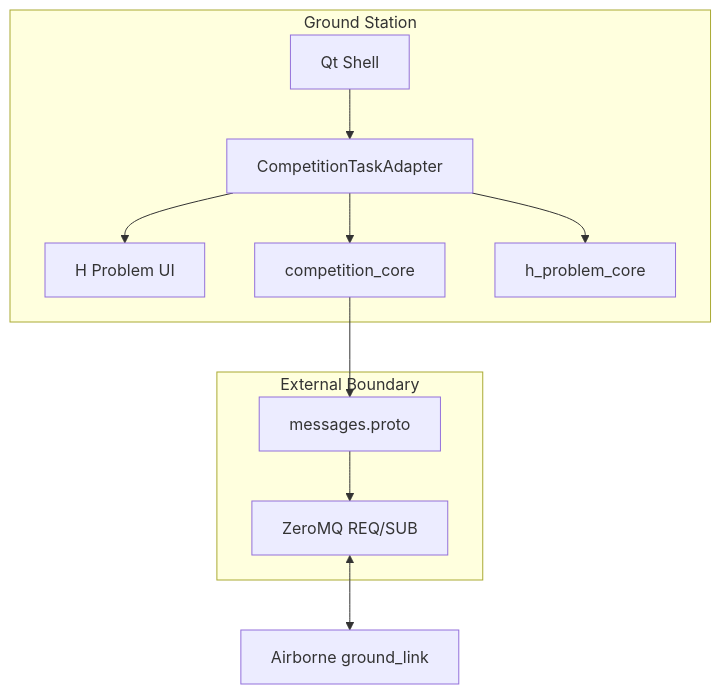
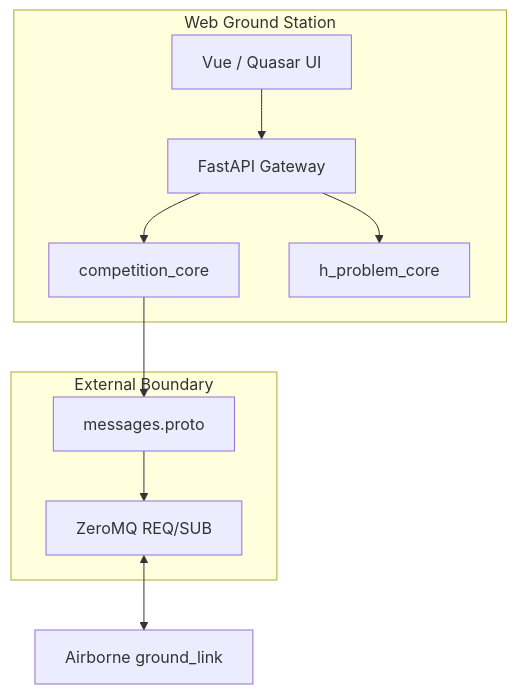
Before and after one commit to Wanqiq7/NUEDC_Test: the second of 2 diagrams in README.md, drawn with Mermaid. The commit also changed other lines of this file and 108 other files, not shown here.

Commit message:
refactor: remove legacy Qt ground station

````diff
--- a/README.md
+++ b/README.md
@@ -273,23 +254,21 @@
 ```mermaid
 flowchart TB
-    subgraph Ground["Ground Station"]
-        Shell["Qt Shell"]
-        Adapter["CompetitionTaskAdapter"]
-        HUi["H Problem UI"]
+    subgraph Ground["Web Ground Station"]
+        Browser["Vue / Quasar UI"]
+        Gateway["FastAPI Gateway"]
         Core["competition_core"]
         HCore["h_problem_core"]
     end
 
     subgraph Boundary["External Boundary"]
         Proto["messages.proto"]
         Zmq["ZeroMQ REQ/SUB"]
     end
 
-    Shell --> Adapter
-    Adapter --> HUi
-    Adapter --> Core
-    Adapter --> HCore
+    Browser --> Gateway
+    Gateway --> Core
+    Gateway --> HCore
     Core --> Proto
     Proto --> Zmq
     Zmq <--> Airborne["Airborne ground_link"]
 ```
````
